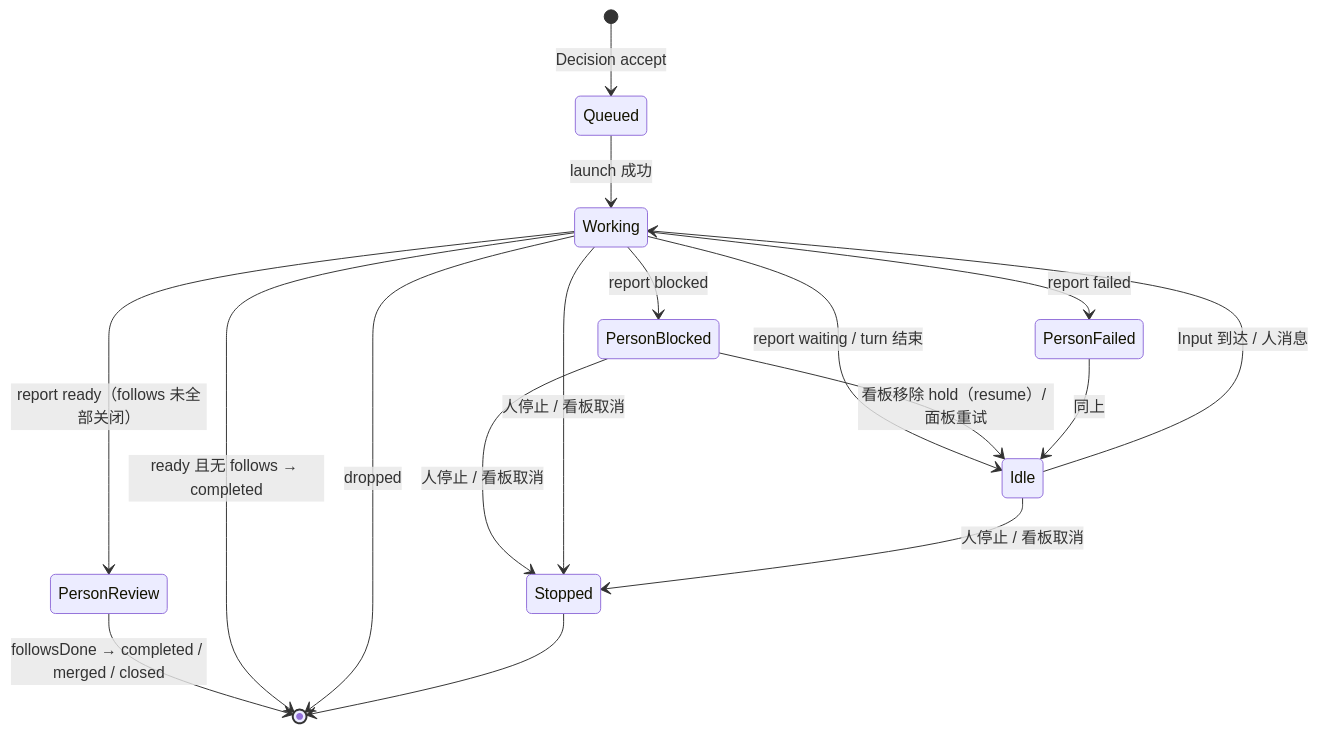
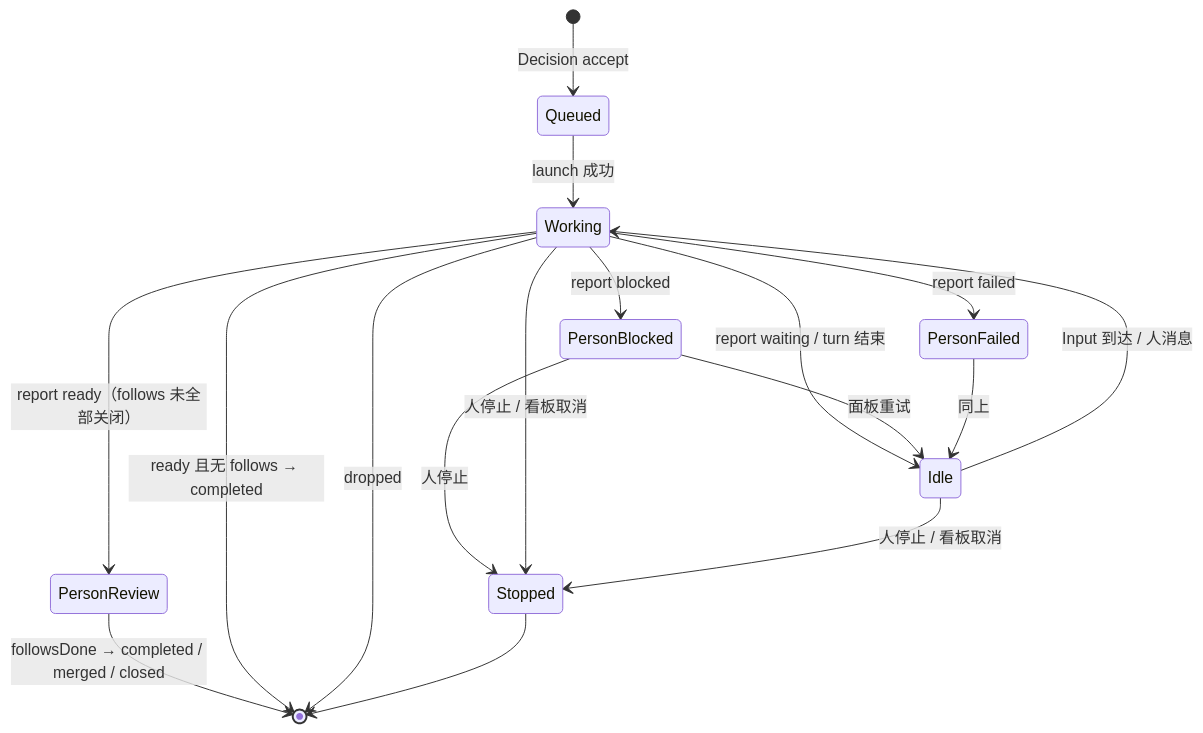
One commit to wuzhiping/superagent changed the eighth of 15 diagrams in FLOW.md. Above: the diagram before and after it, drawn with Mermaid. The commit also changed other lines of this file and 38 other files, not shown here.

````diff
--- a/FLOW.md
+++ b/FLOW.md
@@ -269,19 +269,19 @@
 ```mermaid
 stateDiagram-v2
   [*] --> Queued: Decision accept
   Queued --> Working: launch 成功
   Working --> Idle: report waiting / turn 结束
   Idle --> Working: Input 到达 / 人消息
   Working --> PersonBlocked: report blocked
   Working --> PersonFailed: report failed
   Working --> PersonReview: report ready（follows 未全部关闭）
-  PersonBlocked --> Idle: 看板移除 hold（resume）/ 面板重试
+  PersonBlocked --> Idle: 面板重试
   PersonFailed --> Idle: 同上
-  PersonBlocked --> Stopped: 人停止 / 看板取消
+  PersonBlocked --> Stopped: 人停止
   PersonReview --> [*]: followsDone → completed / merged / closed
   Working --> [*]: ready 且无 follows → completed
   Working --> [*]: dropped
   Working --> Stopped: 人停止 / 看板取消
   Idle --> Stopped: 人停止 / 看板取消
   Stopped --> [*]
 ```
````
